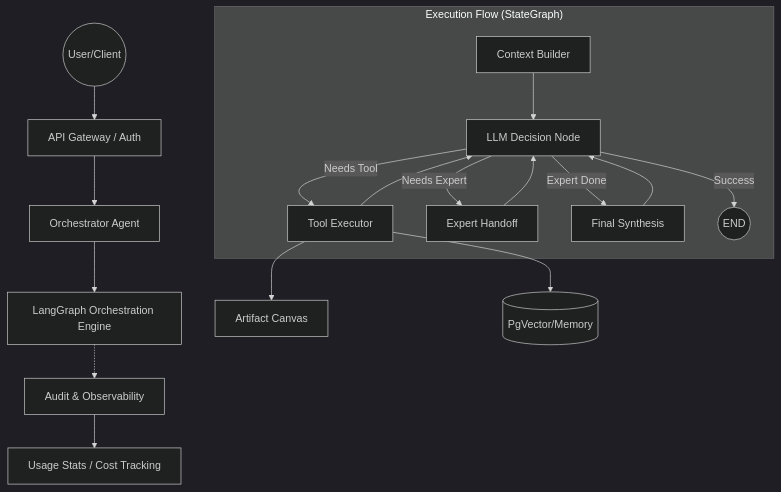
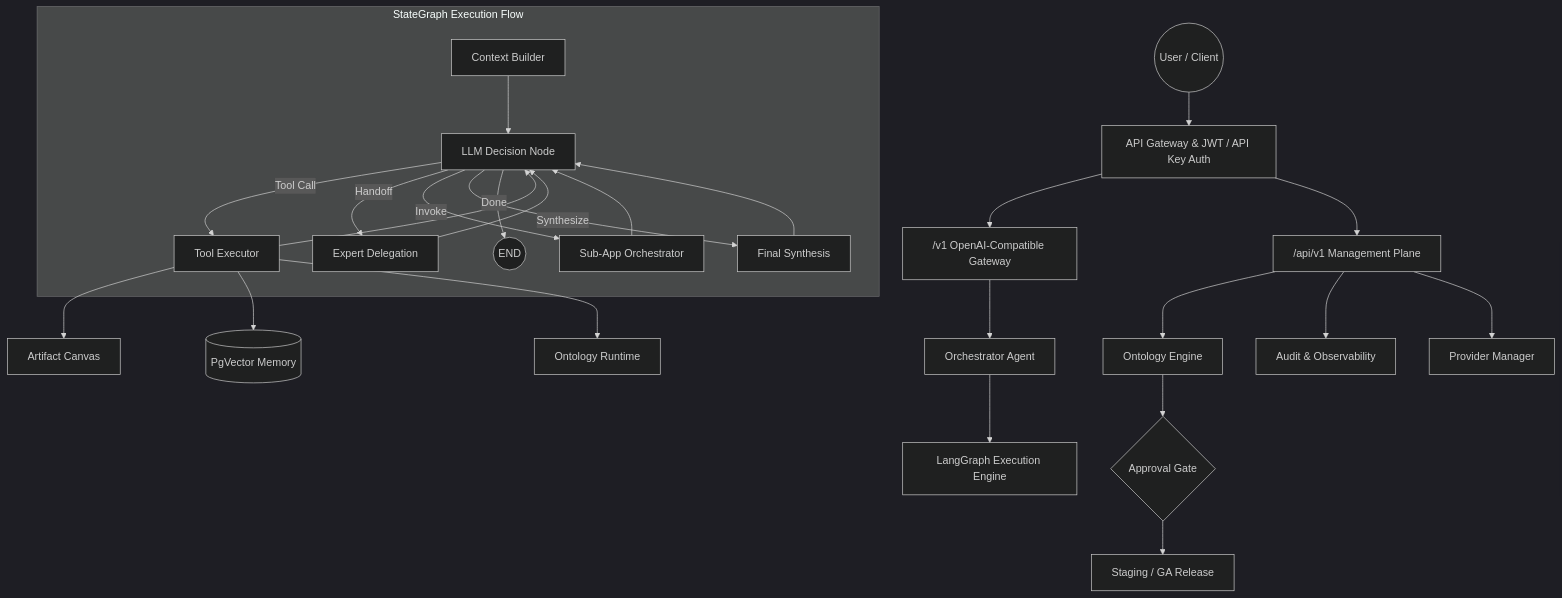
One commit to Koriginal/uniai-kernel changed the diagram in README.md. Above: the diagram before and after it, drawn with Mermaid (dark theme). The commit also changed other lines of this file and 2 other files, not shown here.

````diff
--- a/README.md
+++ b/README.md
@@ -27,23 +33,33 @@
 ```mermaid
 graph TD
-    User((User/Client)) --> Gateway[API Gateway / Auth]
-    Gateway --> Orchestrator[Orchestrator Agent]
-    Orchestrator --> Graph[LangGraph Orchestration Engine]
-    
-    subgraph "Execution Flow (StateGraph)"
+    User((User / Client)) --> Gateway[API Gateway & JWT / API Key Auth]
+    Gateway --> DataPlane["/v1 OpenAI-Compatible Gateway"]
+    Gateway --> MgmtPlane["/api/v1 Management Plane"]
+
+    DataPlane --> Orchestrator[Orchestrator Agent]
+    Orchestrator --> Graph[LangGraph Execution Engine]
+
+    subgraph "StateGraph Execution Flow"
         Context[Context Builder] --> Agent[LLM Decision Node]
-        Agent -- Needs Tool --> Tools[Tool Executor]
-        Agent -- Needs Expert --> Handoff[Expert Handoff]
-        Agent -- Expert Done --> Synthesize[Final Synthesis]
+        Agent -- Tool Call --> Tools[Tool Executor]
+        Agent -- Handoff --> Handoff[Expert Delegation]
+        Agent -- Invoke --> SubApp[Sub-App Orchestrator]
+        Agent -- Synthesize --> Synthesize[Final Synthesis]
         Tools --> Agent
         Handoff --> Agent
+        SubApp --> Agent
         Synthesize --> Agent
-        Agent -- Success --> END((END))
+        Agent -- Done --> END((END))
     end
-    
+
     Tools --> Canvas[Artifact Canvas]
-    Tools --> DB[(PgVector/Memory)]
-    
-    Graph -.-> Audit[Audit & Observability]
-    Audit --> Monitor[Usage Stats / Cost Tracking]
+    Tools --> Memory[(PgVector Memory)]
+    Tools --> OntologyRT[Ontology Runtime]
+
+    MgmtPlane --> Ontology[Ontology Engine]
+    MgmtPlane --> Audit[Audit & Observability]
+    MgmtPlane --> Providers[Provider Manager]
+
+    Ontology --> ApprovalGate{Approval Gate}
+    ApprovalGate --> Release[Staging / GA Release]
 ```
````
